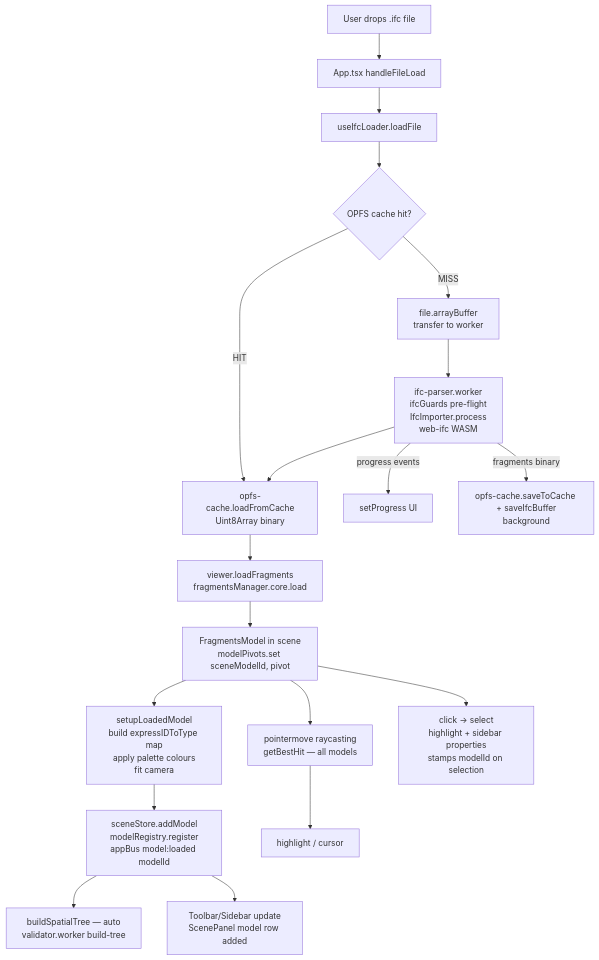
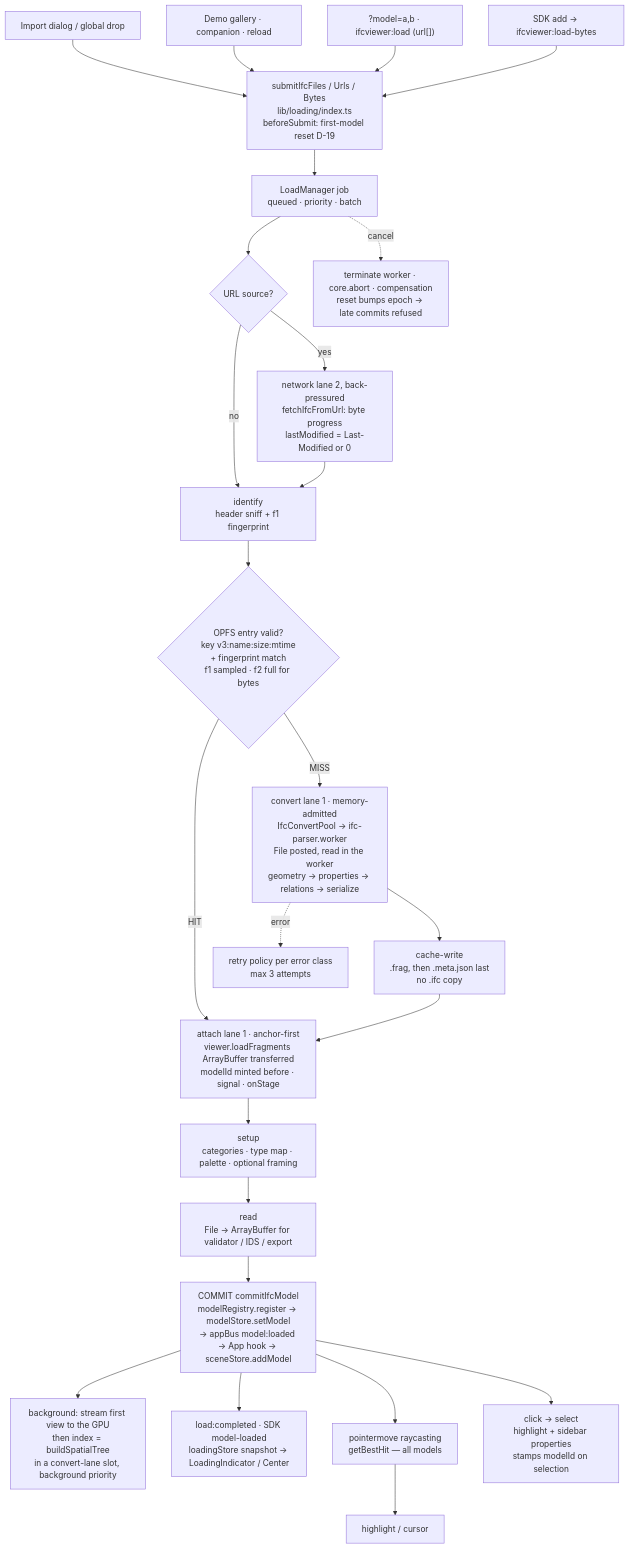
The first of 3 diagrams in ARCHITECTURE.md (j03rul4nd/ifc-viewer-online), drawn with Mermaid before and after one commit. The commit also changed other lines of this file and 127 other files, not shown here.

````diff
--- a/ARCHITECTURE.md
+++ b/ARCHITECTURE.md
@@ -172,27 +211,31 @@
 ```mermaid
 flowchart TD
-    A[User drops .ifc file] --> B[App.tsx handleFileLoad]
-    B --> C[useIfcLoader.loadFile]
+    A1[Import dialog / global drop] --> S
+    A2[Demo gallery · companion · reload] --> S
+    A3["?model=a,b · ifcviewer:load (url[])"] --> S
+    A4[SDK add → ifcviewer:load-bytes] --> S
+    S[submitIfcFiles / Urls / Bytes\nlib/loading/index.ts\nbeforeSubmit: first-model reset D-19] --> Q[LoadManager job\nqueued · priority · batch]
 
-    C --> D{OPFS cache hit?}
+    Q --> DL{URL source?}
+    DL -- yes --> N[network lane 2, back-pressured\nfetchIfcFromUrl: byte progress\nlastModified = Last-Modified or 0]
+    DL -- no --> ID
+    N --> ID[identify\nheader sniff + f1 fingerprint]
+    ID --> CL{OPFS entry valid?\nkey v3:name:size:mtime\n+ fingerprint match\nf1 sampled · f2 full for bytes}
 
-    D -- HIT --> E[opfs-cache.loadFromCache\nUint8Array binary]
-    D -- MISS --> F[file.arrayBuffer\ntransfer to worker]
+    CL -- HIT --> AT
+    CL -- MISS --> CV[convert lane 1 · memory-admitted\nIfcConvertPool → ifc-parser.worker\nFile posted, read in the worker\ngeometry → properties → relations → serialize]
+    CV --> CW[cache-write\n.frag, then .meta.json last\nno .ifc copy]
+    CW --> AT[attach lane 1 · anchor-first\nviewer.loadFragments ArrayBuffer transferred\nmodelId minted before · signal · onStage]
+    AT --> SU[setup\ncategories · type map · palette · optional framing]
+    SU --> RD[read\nFile → ArrayBuffer for validator / IDS / export]
+    RD --> C[COMMIT commitIfcModel\nmodelRegistry.register → modelStore.setModel\n→ appBus model:loaded → App hook → sceneStore.addModel]
+    C --> BG[background: stream first view to the GPU\nthen index = buildSpatialTree\nin a convert-lane slot, background priority]
+    C --> UI[load:completed · SDK model-loaded\nloadingStore snapshot → LoadingIndicator / Center]
 
-    F --> G[ifc-parser.worker\nifcGuards pre-flight\nIfcImporter.process\nweb-ifc WASM]
-    G -- progress events --> H[setProgress UI]
-    G -- fragments binary --> I[opfs-cache.saveToCache + saveIfcBuffer\nbackground]
-    G --> E
+    Q -. cancel .-> X[terminate worker · core.abort · compensation\nreset bumps epoch → late commits refused]
+    CV -. error .-> R[retry policy per error class\nmax 3 attempts]
 
-    E --> J[viewer.loadFragments\nfragmentsManager.core.load]
-    J --> K[FragmentsModel in scene\nmodelPivots.set sceneModelId, pivot]
-    K --> L[setupLoadedModel\nbuild expressIDToType map\napply palette colours\nfit camera]
-    L --> M[sceneStore.addModel\nmodelRegistry.register\nappBus model:loaded modelId]
-
-    M --> N[buildSpatialTree — auto\nvalidator.worker build-tree]
-    M --> O[Toolbar/Sidebar update\nScenePanel model row added]
-
-    K --> P[pointermove raycasting\ngetBestHit — all models]
-    P --> Q[highlight / cursor]
-    K --> R[click → select\nhighlight + sidebar properties\nstamps modelId on selection]
+    C --> P[pointermove raycasting\ngetBestHit — all models]
+    P --> H[highlight / cursor]
+    C --> K[click → select\nhighlight + sidebar properties\nstamps modelId on selection]
 ```
````
